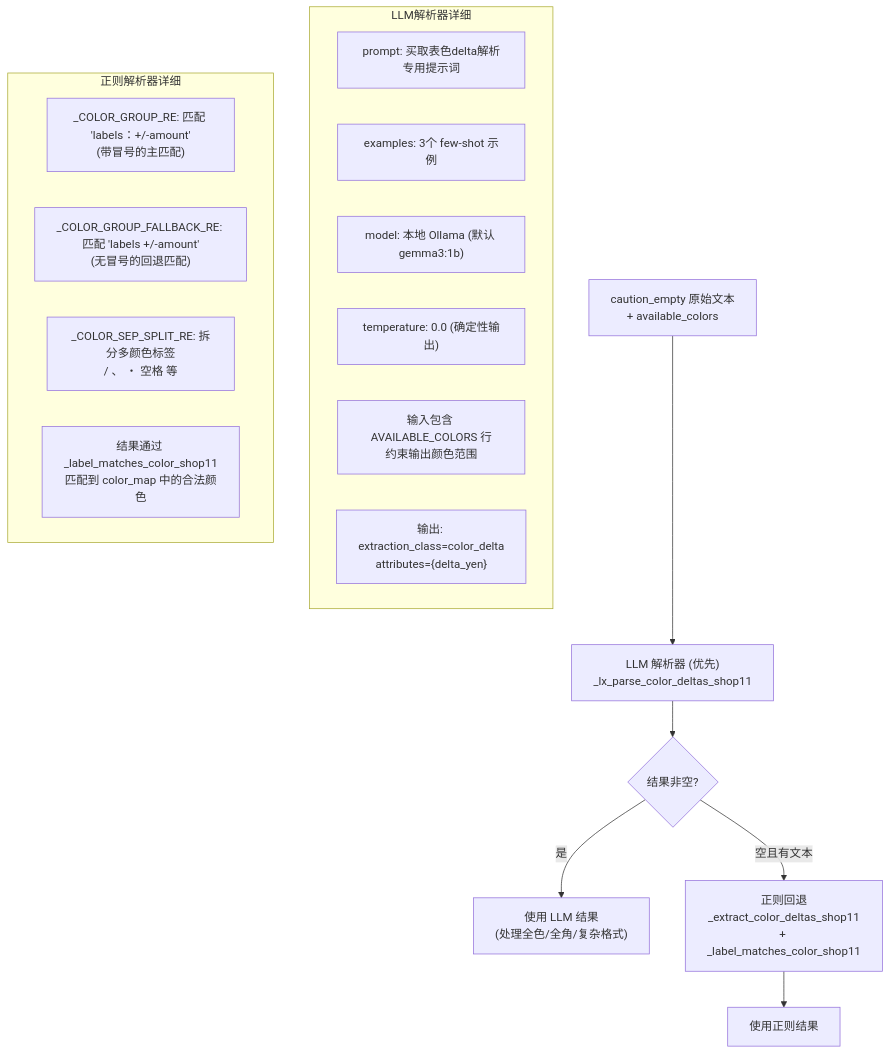
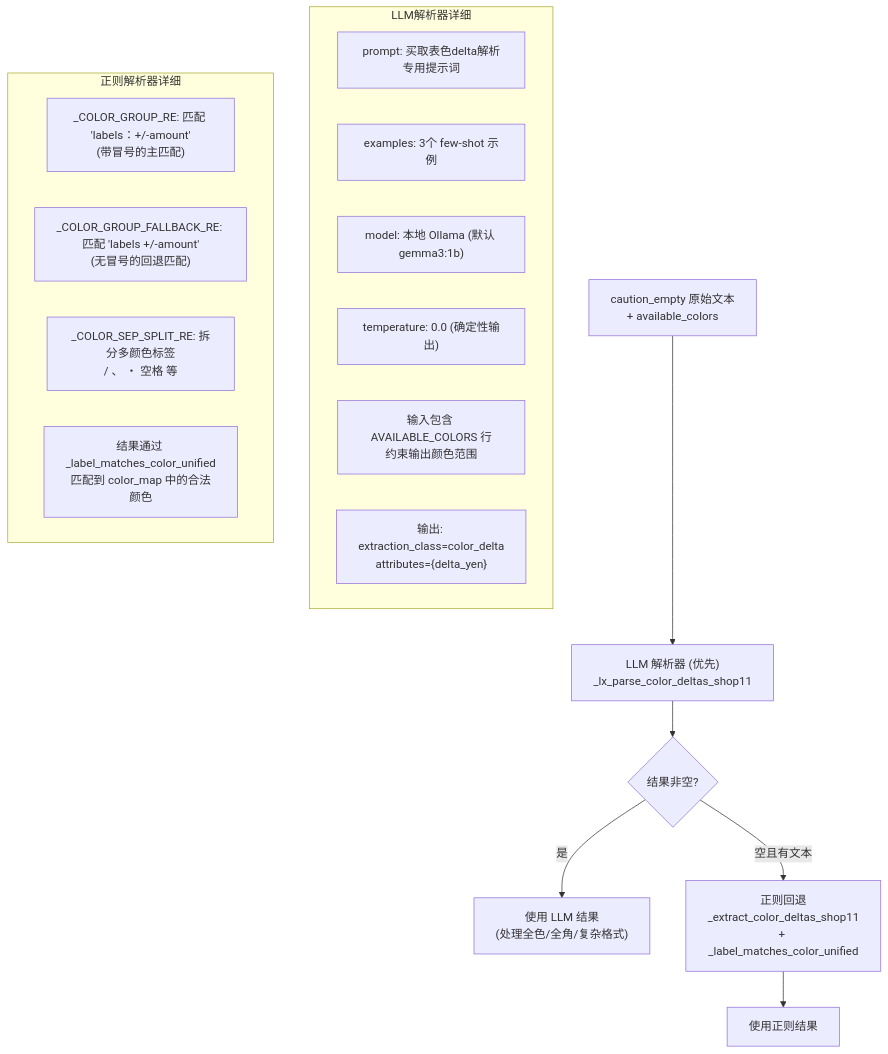
Diagram 11 of 12 in doc_shop/shop11_cleaner.md (zhujiansamuel/YamagotiProjects), drawn with Mermaid before and after one commit. The commit also changed other lines of this file and 44 other files, not shown here.

````diff
--- a/doc_shop/shop11_cleaner.md
+++ b/doc_shop/shop11_cleaner.md
@@ -398,26 +398,26 @@
 ```mermaid
 flowchart TD
     INPUT["caution_empty 原始文本\n+ available_colors"]
 
     INPUT --> LLM["LLM 解析器 (优先)\n_lx_parse_color_deltas_shop11"]
     LLM --> CHECK{结果非空?}
     CHECK -->|是| USE_LLM["使用 LLM 结果\n(处理全色/全角/复杂格式)"]
-    CHECK -->|空且有文本| REGEX["正则回退\n_extract_color_deltas_shop11\n+ _label_matches_color_shop11"]
+    CHECK -->|空且有文本| REGEX["正则回退\n_extract_color_deltas_shop11\n+ _label_matches_color_unified"]
     REGEX --> USE_REGEX["使用正则结果"]
 
     subgraph LLM解析器详细
         L1["prompt: 买取表色delta解析专用提示词"]
         L2["examples: 3个 few-shot 示例"]
         L3["model: 本地 Ollama (默认 gemma3:1b)"]
         L4["temperature: 0.0 (确定性输出)"]
         L5["输入包含 AVAILABLE_COLORS 行\n约束输出颜色范围"]
         L6["输出: extraction_class=color_delta\nattributes={delta_yen}"]
     end
 
     subgraph 正则解析器详细
         R1["_COLOR_GROUP_RE: 匹配 'labels：+/-amount'\n(带冒号的主匹配)"]
         R2["_COLOR_GROUP_FALLBACK_RE: 匹配 'labels +/-amount'\n(无冒号的回退匹配)"]
         R3["_COLOR_SEP_SPLIT_RE: 拆分多颜色标签\n/ 、 ・ 空格 等"]
-        R4["结果通过 _label_matches_color_shop11\n匹配到 color_map 中的合法颜色"]
+        R4["结果通过 _label_matches_color_unified\n匹配到 color_map 中的合法颜色"]
     end
 ```
````
